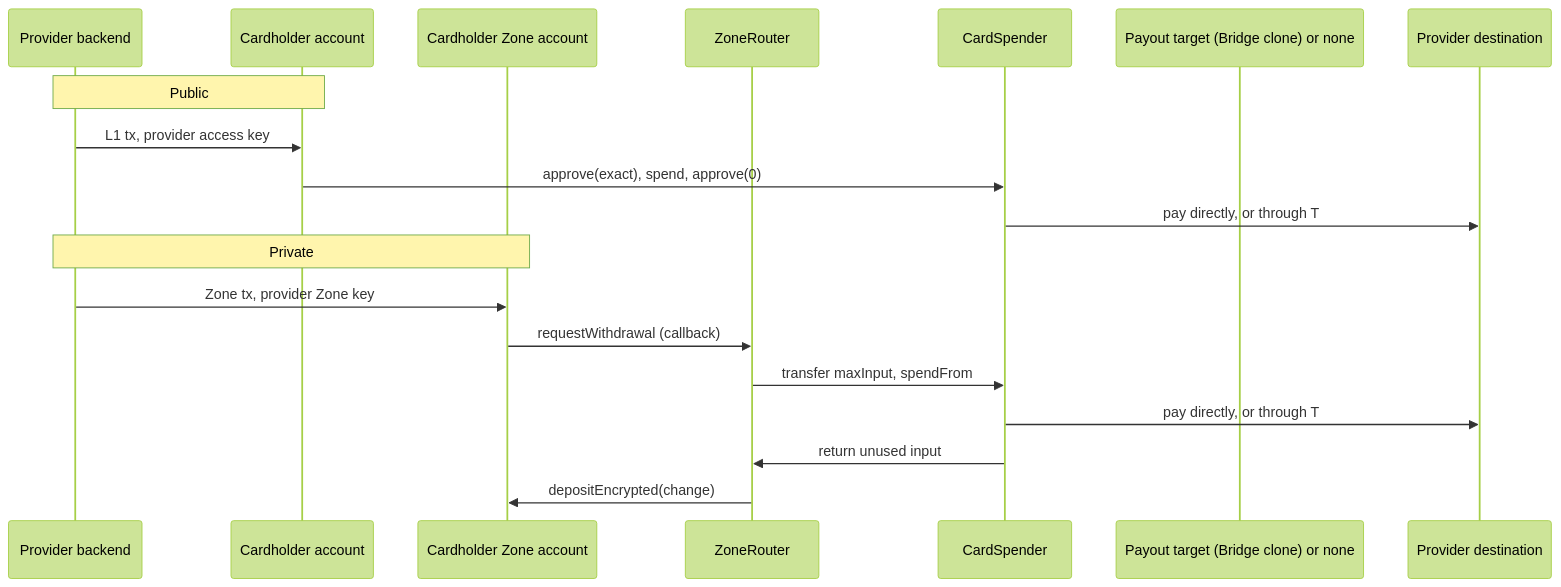
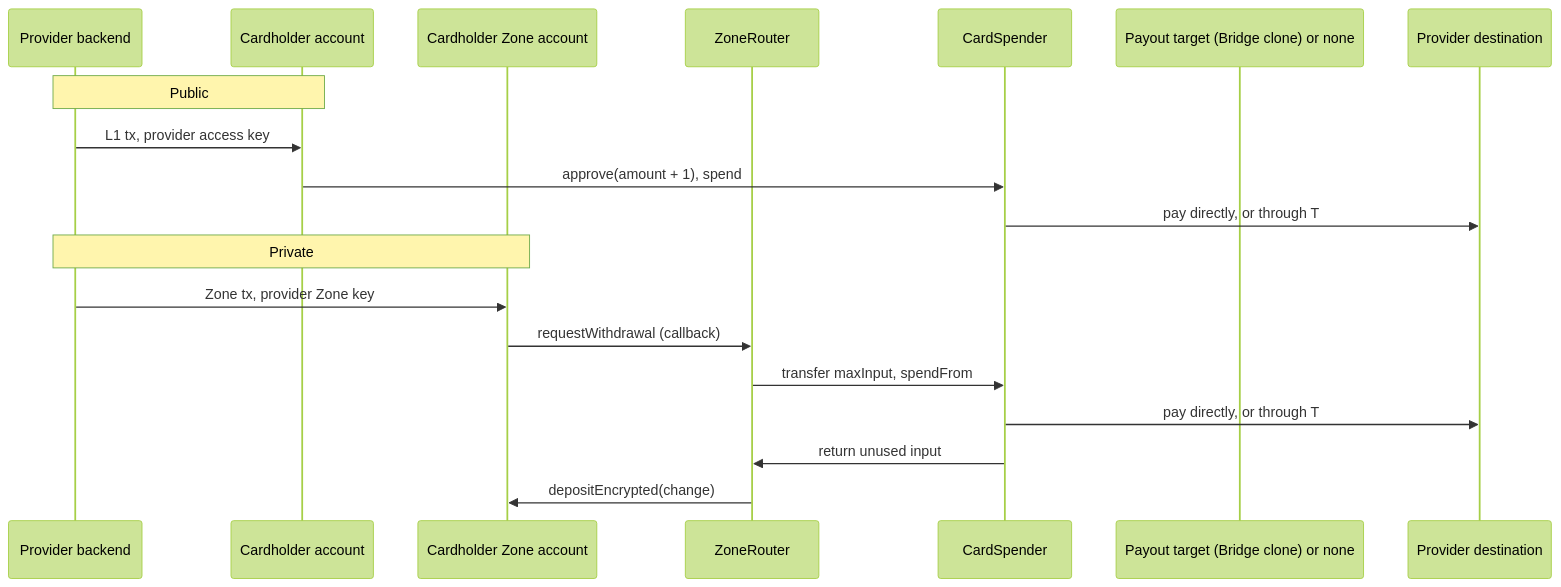
Before and after one commit to tempoxyz/contracts: the diagram in docs/cards/design.md, drawn with Mermaid (forest theme). The commit also changed other lines of this file and 14 other files, not shown here.

````diff
--- a/docs/cards/design.md
+++ b/docs/cards/design.md
@@ -58,21 +58,21 @@
 ```mermaid
 sequenceDiagram
     participant P as Provider backend
     participant A as Cardholder account
     participant Z as Cardholder Zone account
     participant R as ZoneRouter
     participant C as CardSpender
     participant T as Payout target (Bridge clone) or none
     participant D as Provider destination
     Note over P,A: Public
     P->>A: L1 tx, provider access key
-    A->>C: approve(exact), spend, approve(0)
+    A->>C: approve(amount + 1), spend
     C->>D: pay directly, or through T
     Note over P,Z: Private
     P->>Z: Zone tx, provider Zone key
     Z->>R: requestWithdrawal (callback)
     R->>C: transfer maxInput, spendFrom
     C->>D: pay directly, or through T
     C->>R: return unused input
     R->>Z: depositEncrypted(change)
 ```
````
